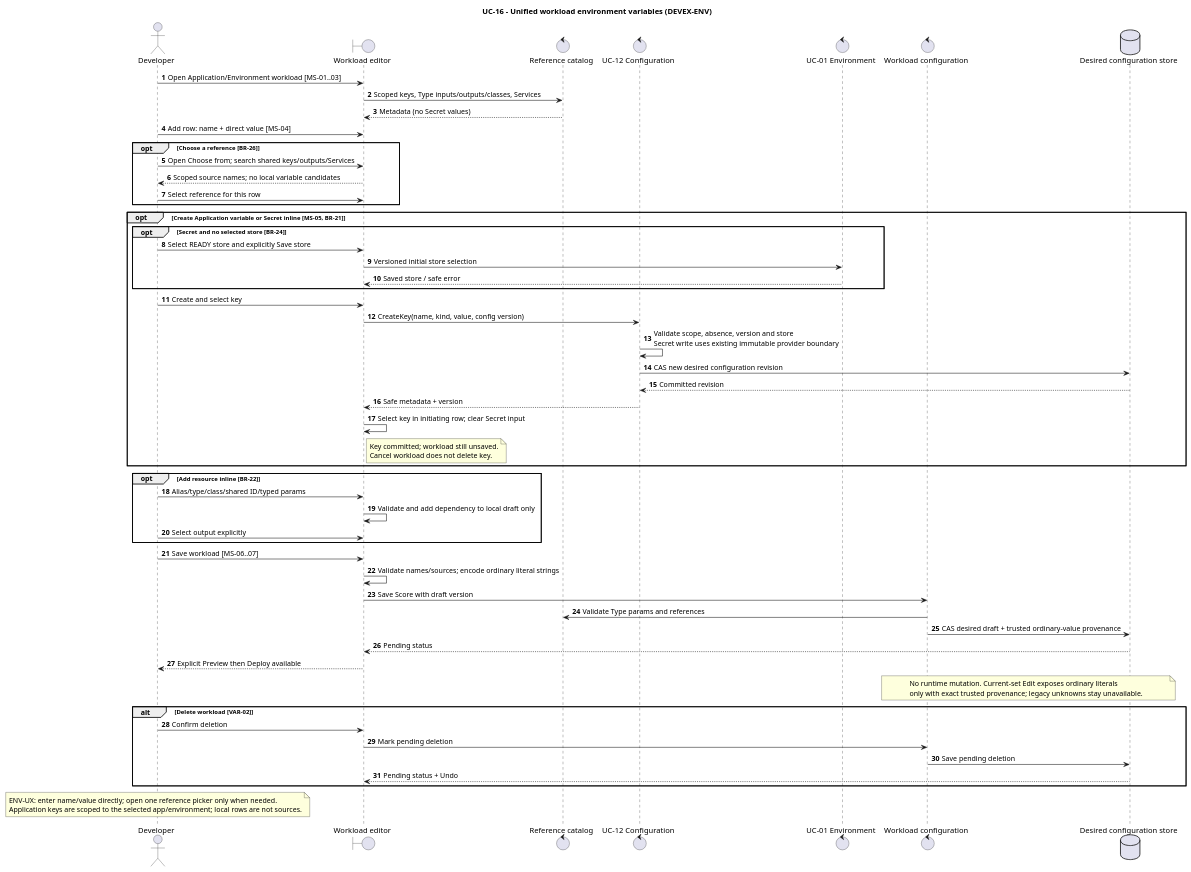
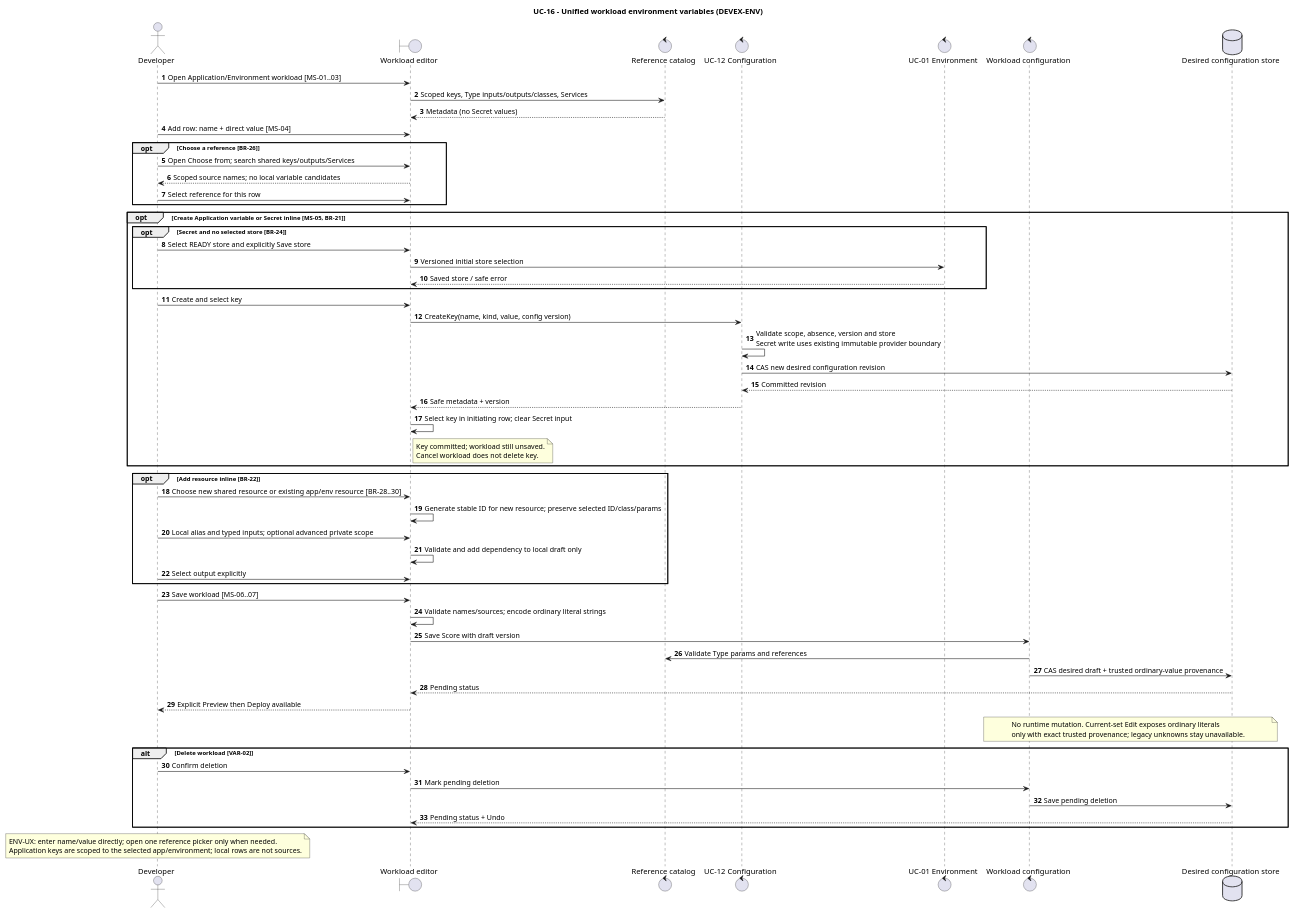
Before and after one commit to pr3s3nt/poc: the diagram in orchestrator_docs/usecase/UC-16/sequence.puml, drawn with PlantUML. The commit also changed 29 other files, not shown here.

```diff
--- a/orchestrator_docs/usecase/UC-16/sequence.puml
+++ b/orchestrator_docs/usecase/UC-16/sequence.puml
@@ -1,65 +1,67 @@
 @startuml
 title UC-16 - Unified workload environment variables (DEVEX-ENV)
 autonumber
 actor Developer as Dev
 boundary "Workload editor" as UI
 control "Reference catalog" as Catalog
 control "UC-12 Configuration" as Keys
 control "UC-01 Environment" as Env
 control "Workload configuration" as Config
 database "Desired configuration store" as Store
 
 Dev -> UI: Open Application/Environment workload [MS-01..03]
 UI -> Catalog: Scoped keys, Type inputs/outputs/classes, Services
 Catalog --> UI: Metadata (no Secret values)
 Dev -> UI: Add row: name + direct value [MS-04]
 opt Choose a reference [BR-26]
   Dev -> UI: Open Choose from; search shared keys/outputs/Services
   UI --> Dev: Scoped source names; no local variable candidates
   Dev -> UI: Select reference for this row
 end
 opt Create Application variable or Secret inline [MS-05, BR-21]
   opt Secret and no selected store [BR-24]
     Dev -> UI: Select READY store and explicitly Save store
     UI -> Env: Versioned initial store selection
     Env --> UI: Saved store / safe error
   end
   Dev -> UI: Create and select key
   UI -> Keys: CreateKey(name, kind, value, config version)
   Keys -> Keys: Validate scope, absence, version and store\nSecret write uses existing immutable provider boundary
   Keys -> Store: CAS new desired configuration revision
   Store --> Keys: Committed revision
   Keys --> UI: Safe metadata + version
   UI -> UI: Select key in initiating row; clear Secret input
   note right of UI
     Key committed; workload still unsaved.
     Cancel workload does not delete key.
   end note
 end
 opt Add resource inline [BR-22]
-  Dev -> UI: Alias/type/class/shared ID/typed params
+  Dev -> UI: Choose new shared resource or existing app/env resource [BR-28..30]
+  UI -> UI: Generate stable ID for new resource; preserve selected ID/class/params
+  Dev -> UI: Local alias and typed inputs; optional advanced private scope
   UI -> UI: Validate and add dependency to local draft only
   Dev -> UI: Select output explicitly
 end
 Dev -> UI: Save workload [MS-06..07]
 UI -> UI: Validate names/sources; encode ordinary literal strings
 UI -> Config: Save Score with draft version
 Config -> Catalog: Validate Type params and references
 Config -> Store: CAS desired draft + trusted ordinary-value provenance
 Store --> UI: Pending status
 UI --> Dev: Explicit Preview then Deploy available
 note over Config,Store
   No runtime mutation. Current-set Edit exposes ordinary literals
   only with exact trusted provenance; legacy unknowns stay unavailable.
 end note
 alt Delete workload [VAR-02]
   Dev -> UI: Confirm deletion
   UI -> Config: Mark pending deletion
   Config -> Store: Save pending deletion
   Store --> UI: Pending status + Undo
 end
 note over Dev
 ENV-UX: enter name/value directly; open one reference picker only when needed.
 Application keys are scoped to the selected app/environment; local rows are not sources.
 end note
 @enduml
```
